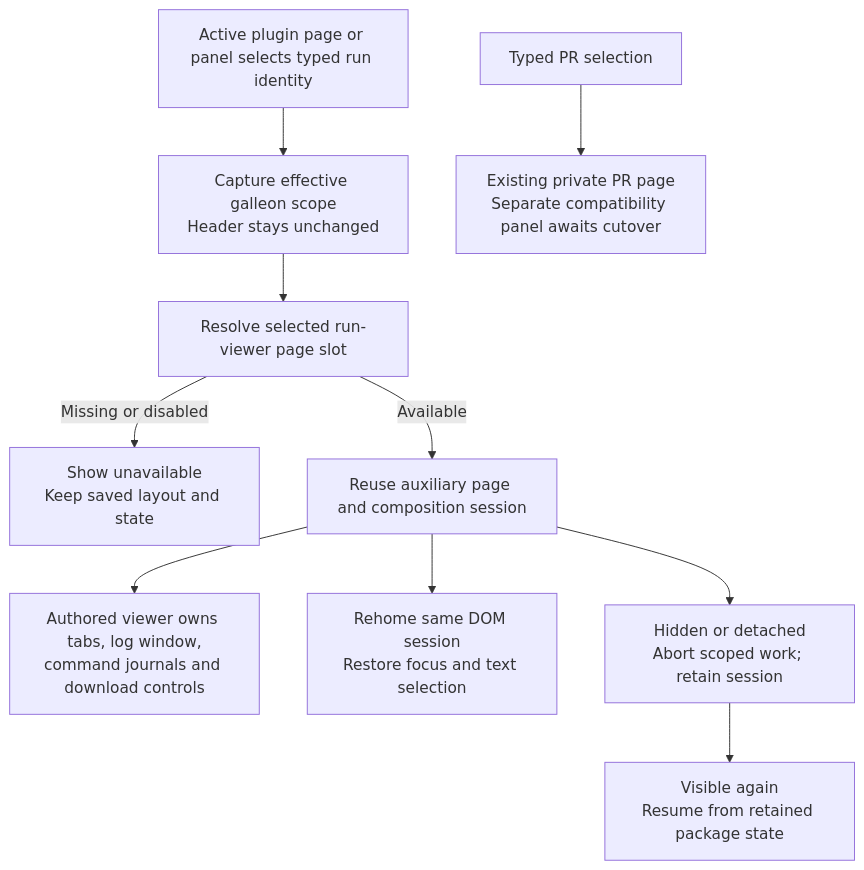
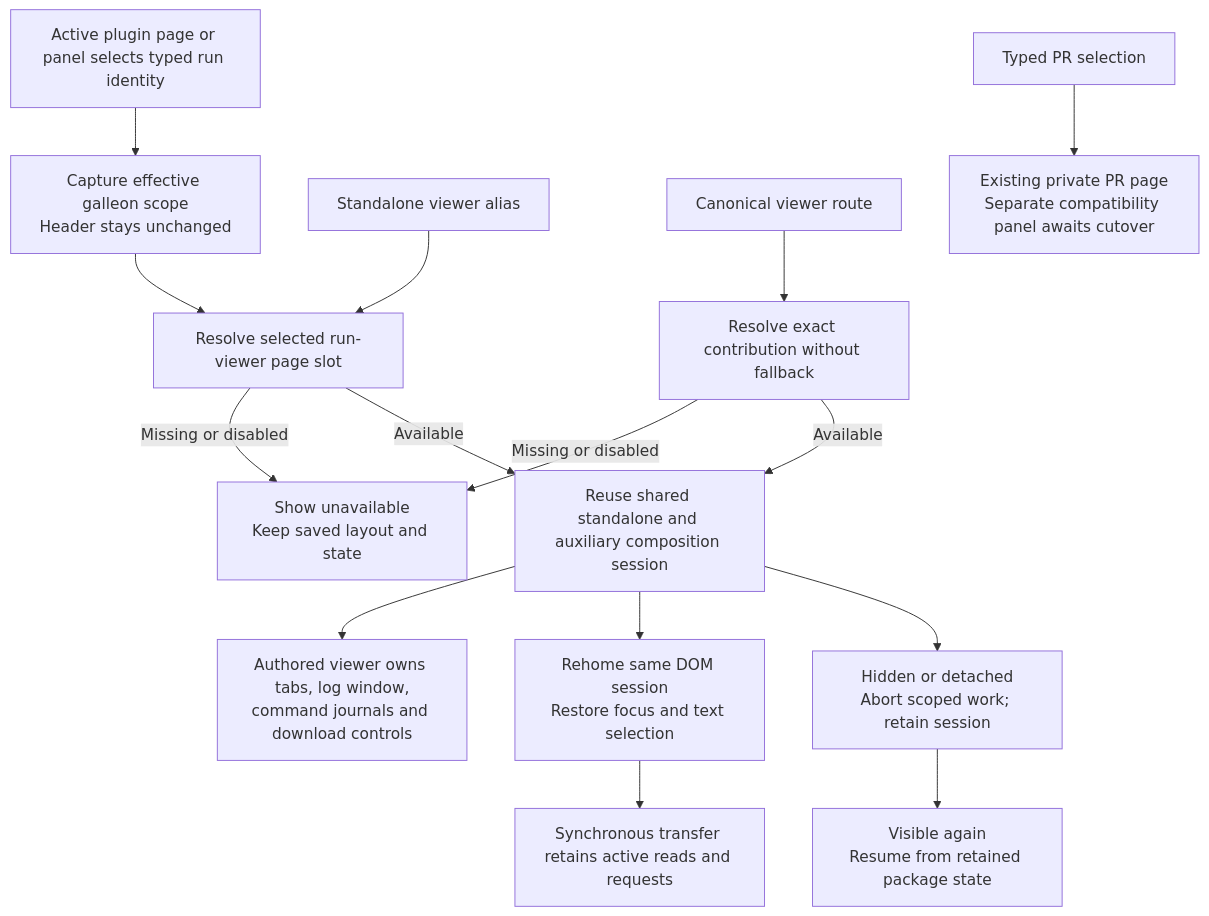
Before and after one commit to nloehlein-godaddy/helmsman: the third of 8 diagrams in docs/helmsman-process.md, drawn with Mermaid. The commit also changed other lines of this file and 54 other files, not shown here.

Commit message:
feat: add authored clarification panels and shared viewer sessions

````diff
--- a/docs/helmsman-process.md
+++ b/docs/helmsman-process.md
@@ -71,12 +71,17 @@
 ```mermaid
 flowchart TD
     Selection[Active plugin page or panel selects typed run identity] --> Scope[Capture effective galleon scope<br/>Header stays unchanged]
     Scope --> Slot[Resolve selected run-viewer page slot]
     Slot -->|Missing or disabled| Unavailable[Show unavailable<br/>Keep saved layout and state]
-    Slot -->|Available| Auxiliary[Reuse auxiliary page and composition session]
+    Alias[Standalone viewer alias] --> Slot
+    Canonical[Canonical viewer route] --> Exact[Resolve exact contribution without fallback]
+    Exact -->|Missing or disabled| Unavailable
+    Exact -->|Available| Auxiliary
+    Slot -->|Available| Auxiliary[Reuse shared standalone and auxiliary composition session]
     Auxiliary --> Viewer[Authored viewer owns tabs, log window,<br/>command journals and download controls]
     Auxiliary --> Move[Rehome same DOM session<br/>Restore focus and text selection]
+    Move --> Transfer[Synchronous transfer retains active reads and requests]
     Auxiliary --> Hidden[Hidden or detached<br/>Abort scoped work; retain session]
     Hidden --> Visible[Visible again<br/>Resume from retained package state]
     PR[Typed PR selection] --> LegacyPR[Existing private PR page<br/>Separate compatibility panel awaits cutover]
 ```
````
